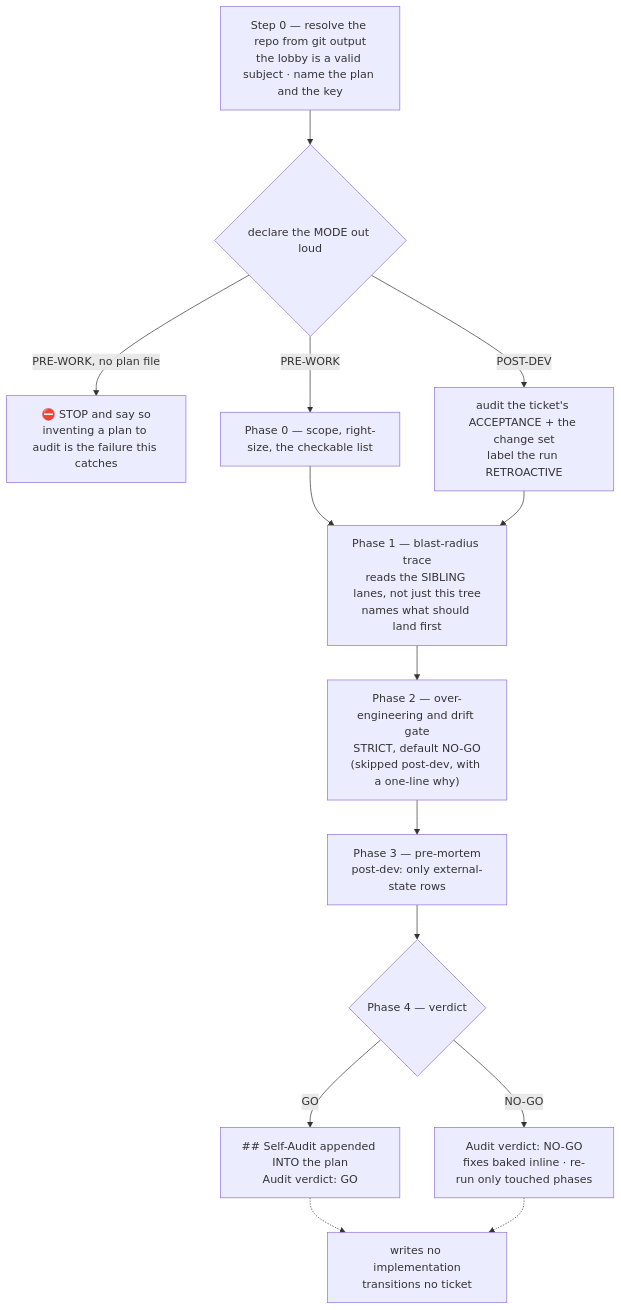
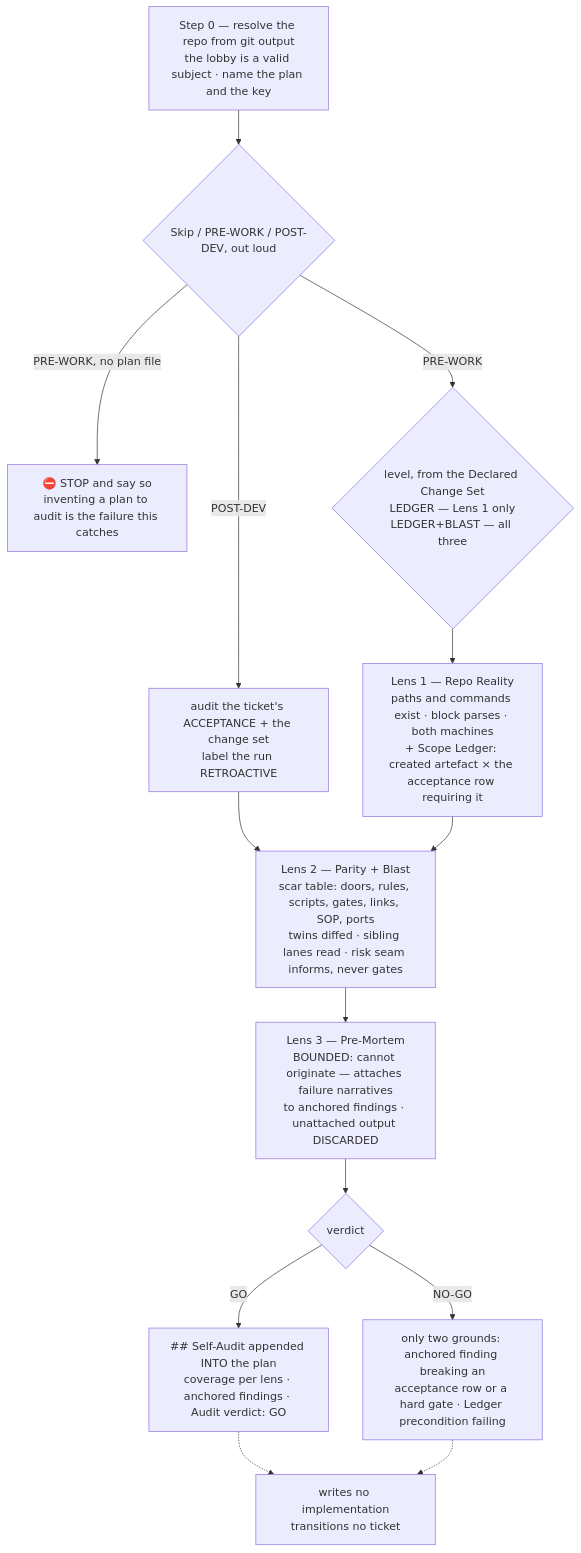
Diagram 28 of 44 in docs/_scc_sops_prds/workflows_testing_SOP.md (sudomadhatter/Sudo_Hatter_Command), drawn with Mermaid before and after one commit. The commit also changed other lines of this file and 4 other files, not shown here.

First line of the commit message:
SCC-227 feat(self-audit): rebuild both twins - three lenses, anchor rule, Scope Ledger, amendment rule

````diff
--- a/docs/_scc_sops_prds/workflows_testing_SOP.md
+++ b/docs/_scc_sops_prds/workflows_testing_SOP.md
@@ -2806,16 +2815,16 @@
 ```mermaid
 flowchart TD
-    S0["Step 0 — resolve the repo from git output\nthe lobby is a valid subject · name the plan and the key"] --> MODE{"declare the MODE out loud"}
+    S0["Step 0 — resolve the repo from git output\nthe lobby is a valid subject · name the plan and the key"] --> MODE{"Skip / PRE-WORK / POST-DEV, out loud"}
     MODE -- "PRE-WORK, no plan file" --> X["⛔ STOP and say so\ninventing a plan to audit is the failure this catches"]
-    MODE -- "PRE-WORK" --> P0["Phase 0 — scope, right-size, the checkable list"]
     MODE -- "POST-DEV" --> RETRO["audit the ticket's ACCEPTANCE + the change set\nlabel the run RETROACTIVE"]
-    P0 --> P1["Phase 1 — blast-radius trace\nreads the SIBLING lanes, not just this tree\nnames what should land first"]
-    RETRO --> P1
-    P1 --> P2["Phase 2 — over-engineering and drift gate\nSTRICT, default NO-GO\n(skipped post-dev, with a one-line why)"]
-    P2 --> P3["Phase 3 — pre-mortem\npost-dev: only external-state rows"]
-    P3 --> P4{"Phase 4 — verdict"}
-    P4 -- "GO" --> GO["## Self-Audit appended INTO the plan\nAudit verdict: GO"]
-    P4 -- "NO-GO" --> NOGO["Audit verdict: NO-GO\nfixes baked inline · re-run only touched phases"]
+    MODE -- "PRE-WORK" --> LVL{"level, from the Declared Change Set\nLEDGER — Lens 1 only\nLEDGER+BLAST — all three"}
+    LVL --> L1["Lens 1 — Repo Reality\npaths and commands exist · block parses · both machines\n+ Scope Ledger: created artefact × the acceptance row requiring it"]
+    RETRO --> L2
+    L1 --> L2["Lens 2 — Parity + Blast\nscar table: doors, rules, scripts, gates, links, SOP, ports\ntwins diffed · sibling lanes read · risk seam informs, never gates"]
+    L2 --> L3["Lens 3 — Pre-Mortem\nBOUNDED: cannot originate — attaches failure narratives\nto anchored findings · unattached output DISCARDED"]
+    L3 --> V{"verdict"}
+    V -- "GO" --> GO["## Self-Audit appended INTO the plan\ncoverage per lens · anchored findings · Audit verdict: GO"]
+    V -- "NO-GO" --> NOGO["only two grounds: anchored finding breaking an\nacceptance row or a hard gate · Ledger precondition failing"]
     GO -.-> NOTOUCH["writes no implementation\ntransitions no ticket"]
     NOGO -.-> NOTOUCH
 ```
````
